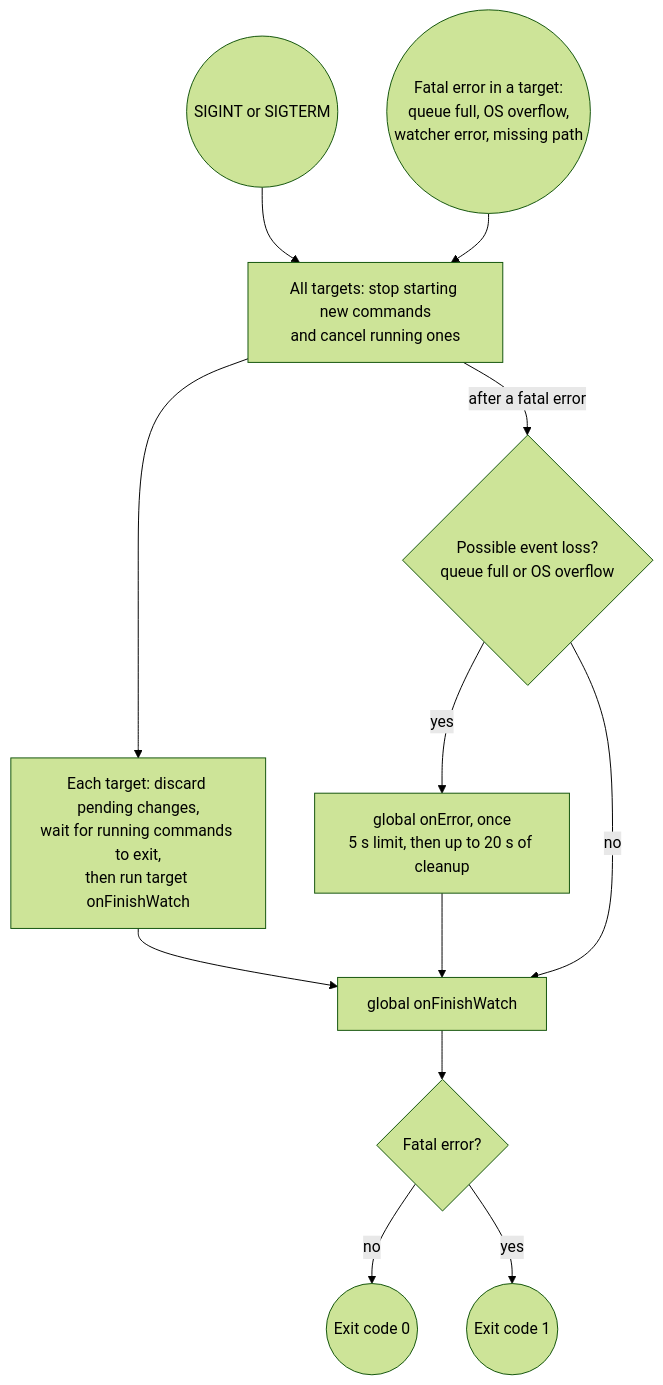
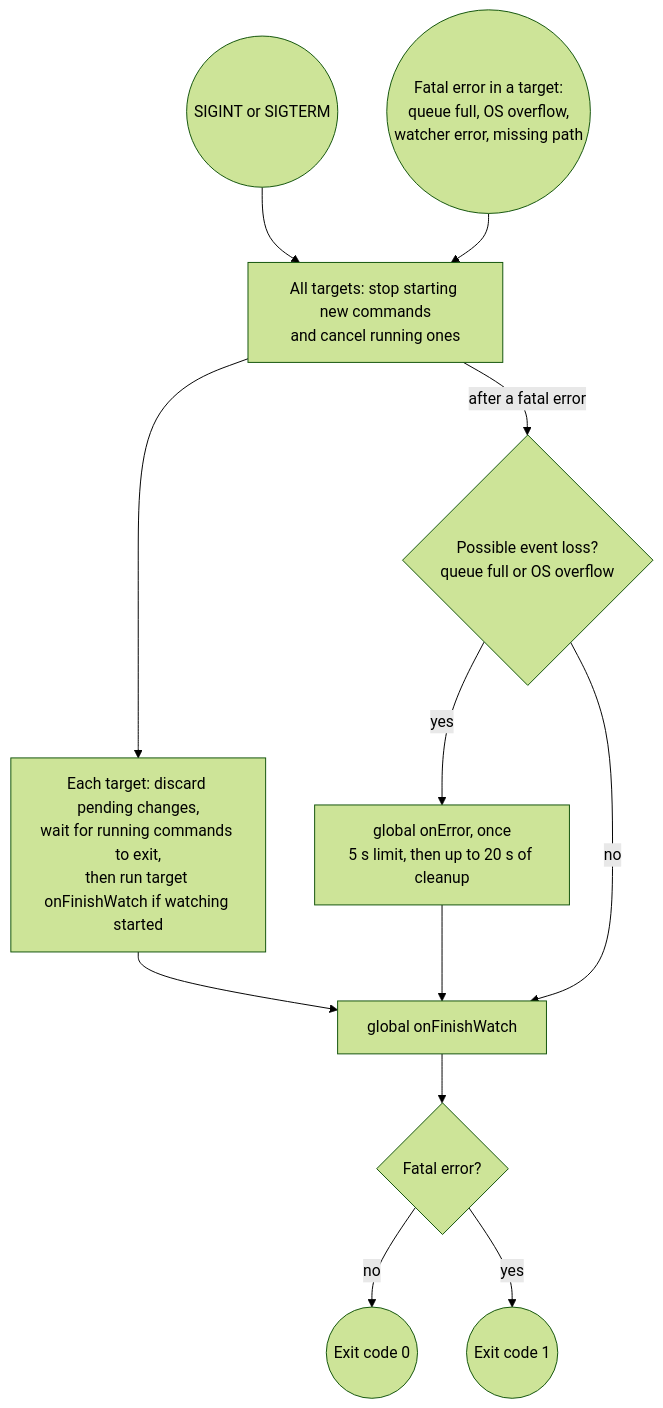
One commit to seungyeop-lee/directory-watcher changed the second of 2 diagrams in README.md. Above: the diagram before and after it, drawn with Mermaid (forest theme). The commit also changed 8 other files, not shown here.

````diff
--- a/README.md
+++ b/README.md
@@ -153,25 +153,25 @@
 ```mermaid
 flowchart TD
     shutdownSignal(("SIGINT or SIGTERM"))
     fatalError(("Fatal error in a target:<br>queue full, OS overflow,<br>watcher error, missing path"))
     stopTargets["All targets: stop starting new commands<br>and cancel running ones"]
-    targetFinish["Each target: discard pending changes,<br>wait for running commands to exit,<br>then run target onFinishWatch"]
+    targetFinish["Each target: discard pending changes,<br>wait for running commands to exit,<br>then run target onFinishWatch if watching started"]
     lossCheck{"Possible event loss?<br>queue full or OS overflow"}
     errorHook["global onError, once<br>5 s limit, then up to 20 s of cleanup"]
     globalFinish["global onFinishWatch"]
     exitCheck{"Fatal error?"}
     exitSuccess(("Exit code 0"))
     exitFailure(("Exit code 1"))
 
     shutdownSignal --> stopTargets
     fatalError --> stopTargets
     stopTargets --> targetFinish
     stopTargets -->|"after a fatal error"| lossCheck
     lossCheck -->|"yes"| errorHook
     lossCheck -->|"no"| globalFinish
     targetFinish --> globalFinish
     errorHook --> globalFinish
     globalFinish --> exitCheck
     exitCheck -->|"no"| exitSuccess
     exitCheck -->|"yes"| exitFailure
 ```
````
